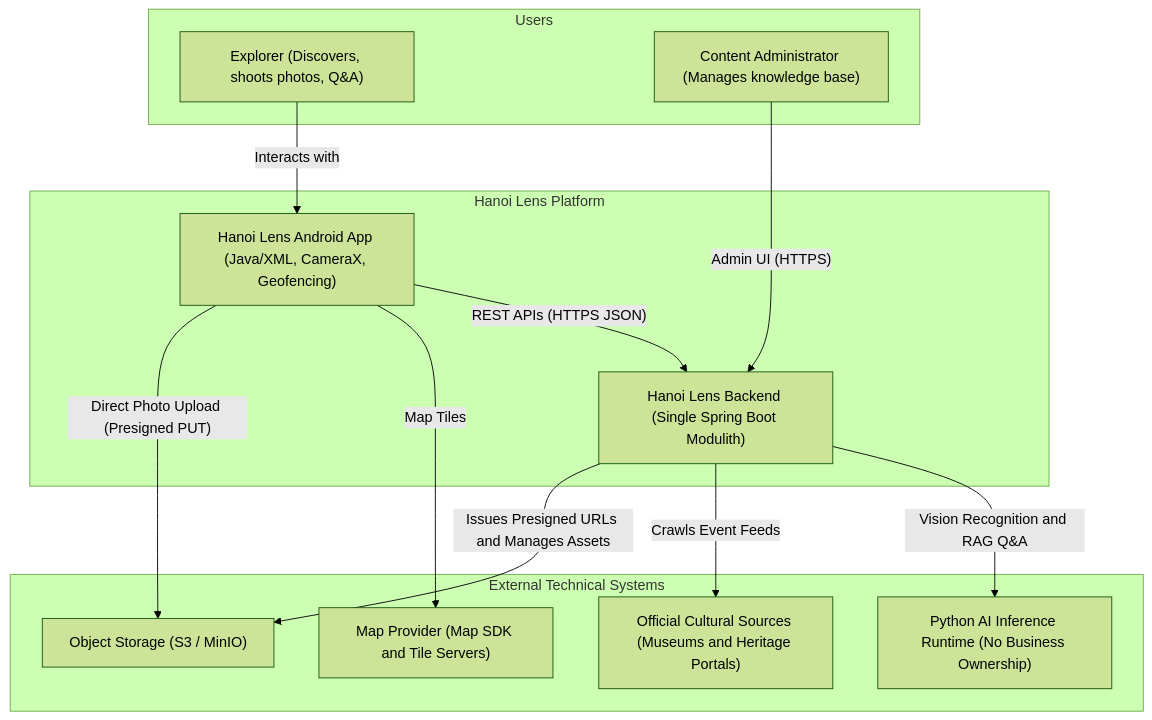
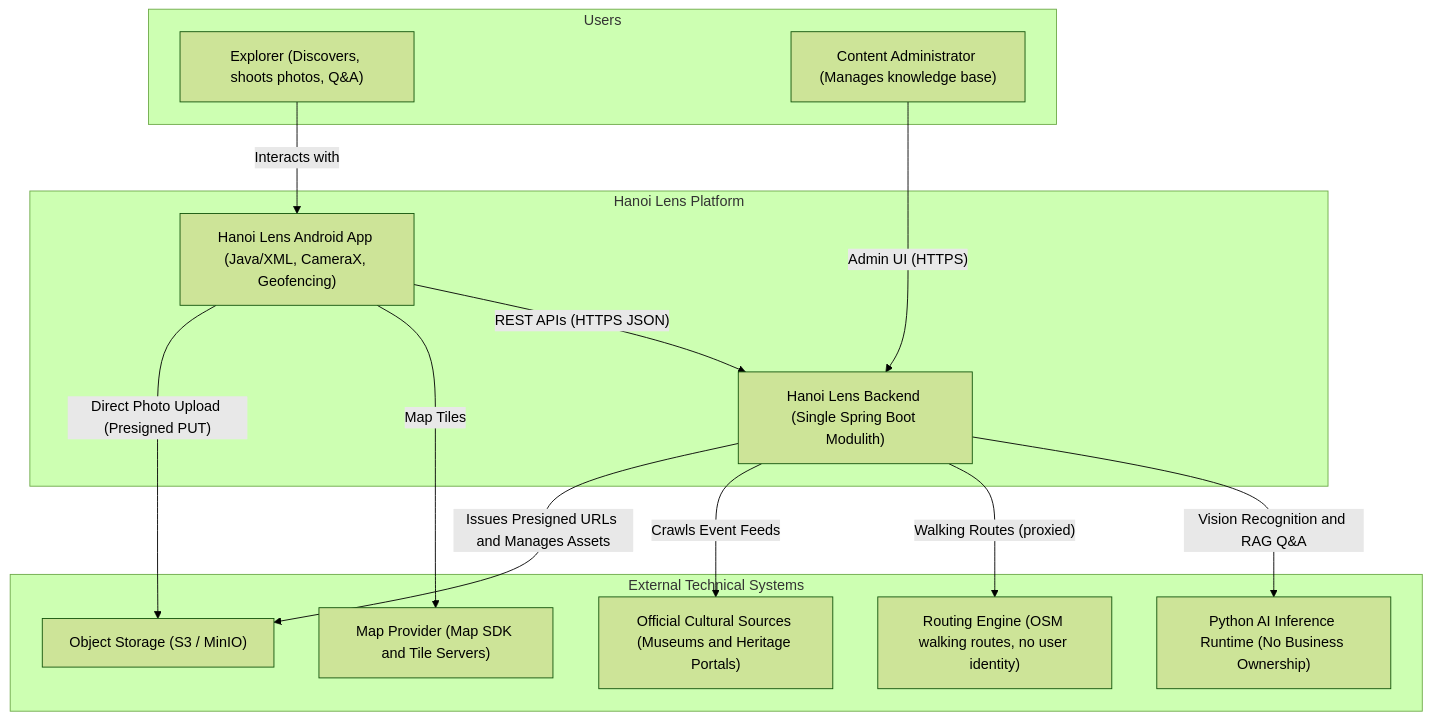
The first of 7 diagrams in docs/ARCHITECTURE.md (NMH1203/HanoiLens), drawn with Mermaid (forest theme) before and after one commit. The commit also changed other lines of this file and 24 other files, not shown here.

````diff
--- a/docs/ARCHITECTURE.md
+++ b/docs/ARCHITECTURE.md
@@ -34,28 +34,30 @@
 ```mermaid
 flowchart TD
     subgraph Users["Users"]
         user["Explorer (Discovers, shoots photos, Q&A)"]
         admin["Content Administrator (Manages knowledge base)"]
     end
 
     subgraph HanoiLensSystem["Hanoi Lens Platform"]
         hanoiLensApp["Hanoi Lens Android App (Java/XML, CameraX, Geofencing)"]
         hanoiLensBackend["Hanoi Lens Backend (Single Spring Boot Modulith)"]
     end
 
     subgraph ExternalServices["External Technical Systems"]
         aiInference["Python AI Inference Runtime (No Business Ownership)"]
         mapProvider["Map Provider (Map SDK and Tile Servers)"]
+        routingEngine["Routing Engine (OSM walking routes, no user identity)"]
         eventSources["Official Cultural Sources (Museums and Heritage Portals)"]
         objectStorage["Object Storage (S3 / MinIO)"]
     end
 
     user -->|"Interacts with"| hanoiLensApp
     admin -->|"Admin UI (HTTPS)"| hanoiLensBackend
     hanoiLensApp -->|"REST APIs (HTTPS JSON)"| hanoiLensBackend
     hanoiLensApp -->|"Map Tiles"| mapProvider
     hanoiLensApp -->|"Direct Photo Upload (Presigned PUT)"| objectStorage
     hanoiLensBackend -->|"Vision Recognition and RAG Q&A"| aiInference
+    hanoiLensBackend -->|"Walking Routes (proxied)"| routingEngine
     hanoiLensBackend -->|"Crawls Event Feeds"| eventSources
     hanoiLensBackend -->|"Issues Presigned URLs and Manages Assets"| objectStorage
 ```
````
